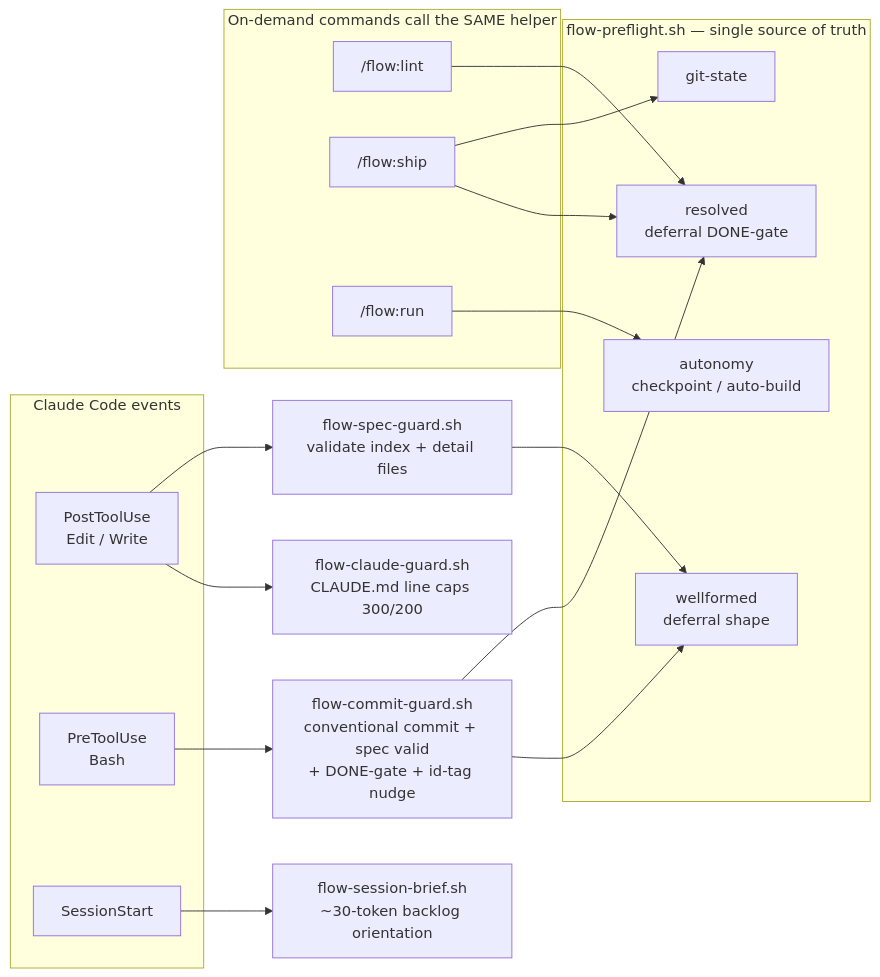
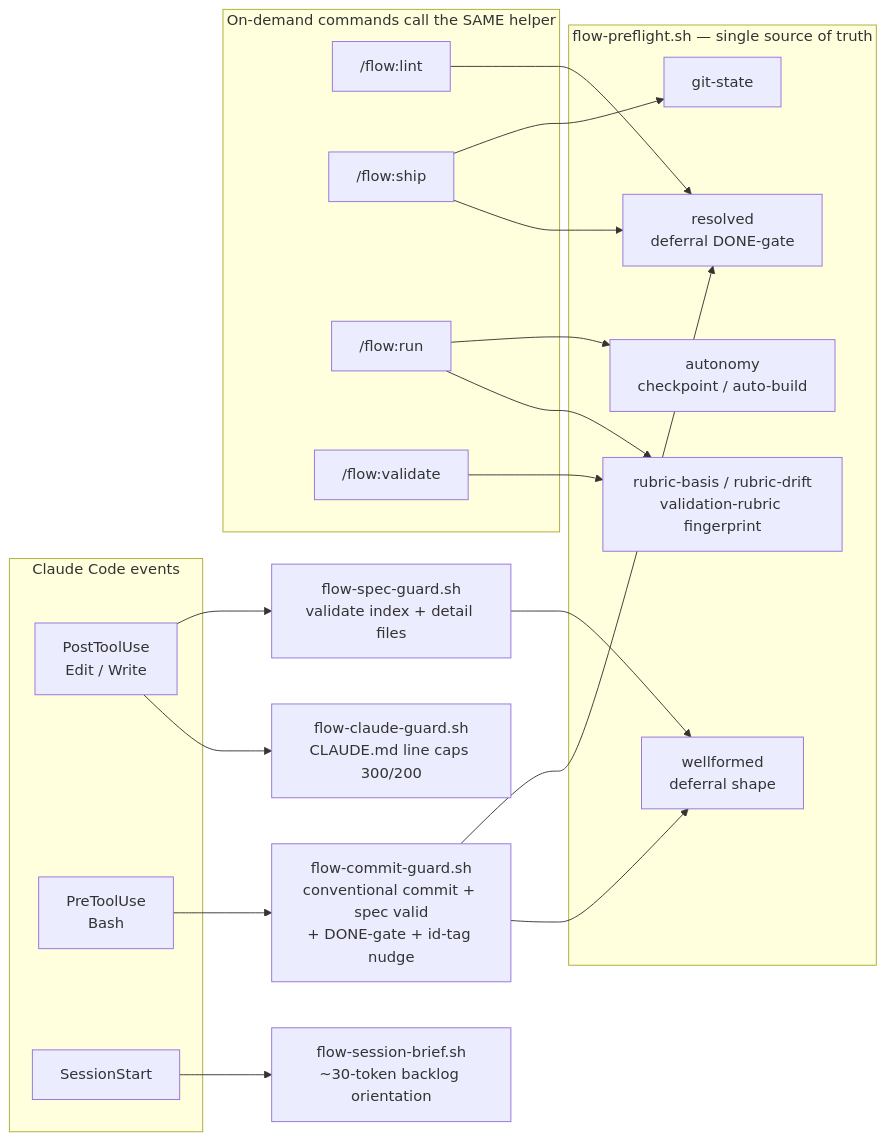
Before and after one commit to liminalarc/flow-toolkit: the third of 5 diagrams in docs/how-it-works.md, drawn with Mermaid. The commit also changed other lines of this file and 4 other files, not shown here.

````diff
--- a/docs/how-it-works.md
+++ b/docs/how-it-works.md
@@ -120,35 +120,39 @@
 ```mermaid
 flowchart LR
     subgraph Events["Claude Code events"]
         E1["PostToolUse<br/>Edit / Write"]
         E2["PreToolUse<br/>Bash"]
         E3["SessionStart"]
     end
 
     E1 --> SG[flow-spec-guard.sh<br/>validate index + detail files]
     E1 --> CG[flow-claude-guard.sh<br/>CLAUDE.md line caps 300/200]
     E2 --> CMG[flow-commit-guard.sh<br/>conventional commit + spec valid<br/>+ DONE-gate + id-tag nudge]
     E3 --> SB[flow-session-brief.sh<br/>~30-token backlog orientation]
 
     subgraph Preflight["flow-preflight.sh — single source of truth"]
         R1[git-state]
         R2[resolved<br/>deferral DONE-gate]
         R3[wellformed<br/>deferral shape]
         R4[autonomy<br/>checkpoint / auto-build]
+        R5[rubric-basis / rubric-drift<br/>validation-rubric fingerprint]
     end
 
     SG --> R3
     CMG --> R2
     CMG --> R3
 
     subgraph Cmds["On-demand commands call the SAME helper"]
         C1["/flow:lint"]
         C2["/flow:ship"]
         C3["/flow:run"]
+        C4["/flow:validate"]
     end
 
     C1 --> R2
     C2 --> R1
     C2 --> R2
     C3 --> R4
+    C3 --> R5
+    C4 --> R5
 ```
````
